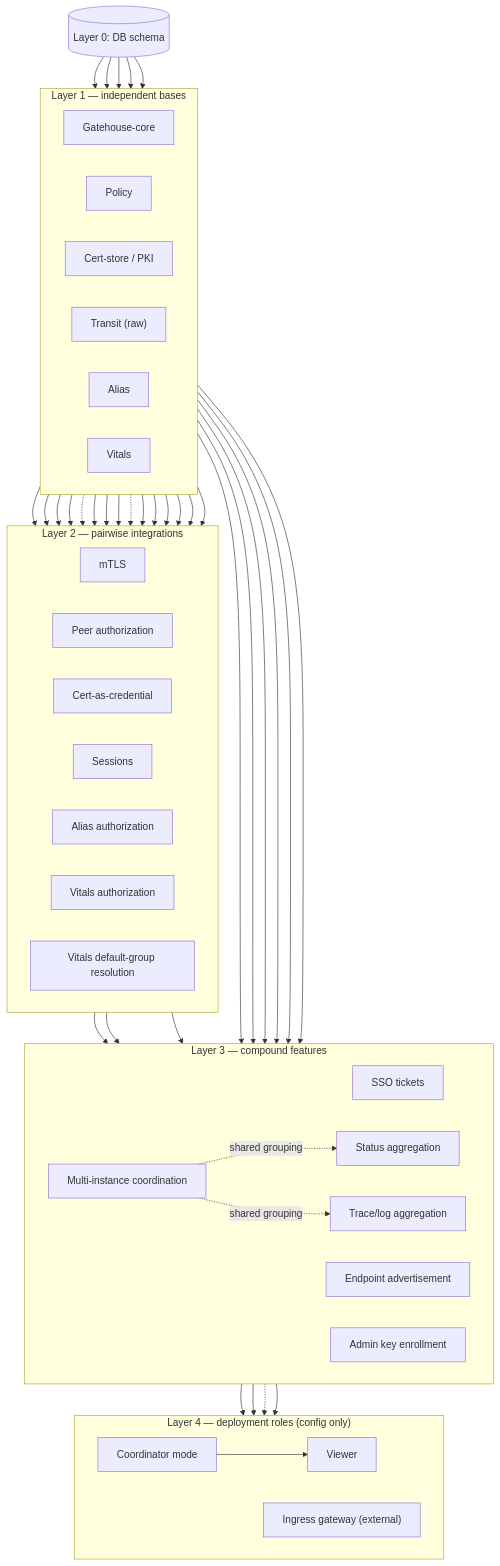
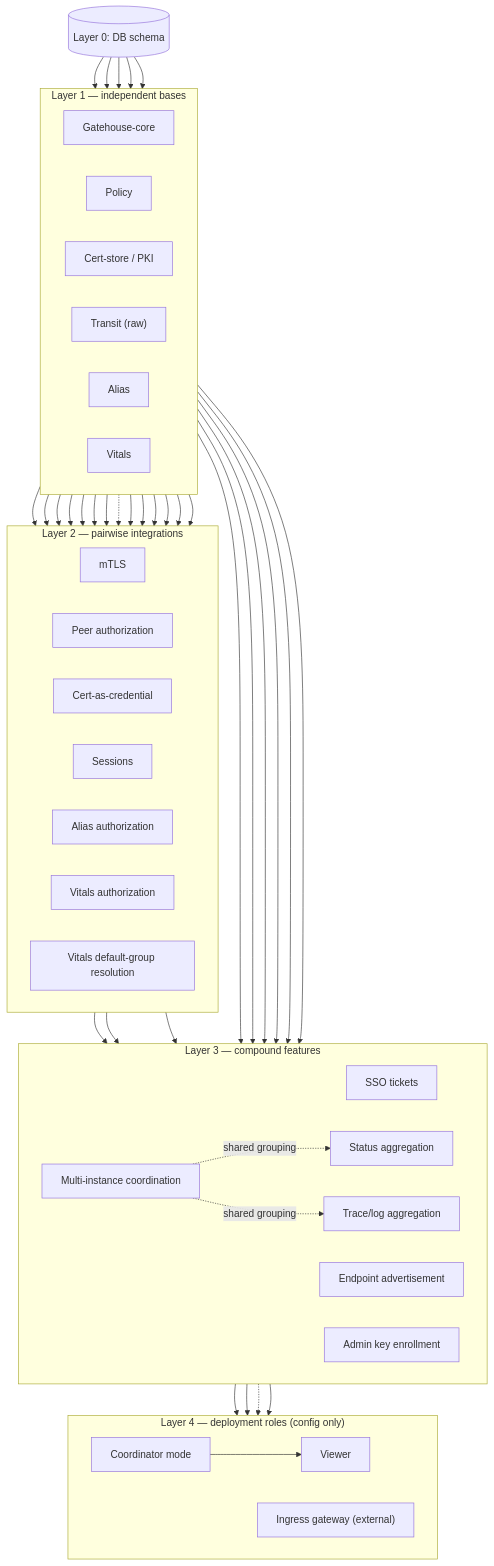
The diagram in docs/architecture/01-build-order.md (croge130/archipelago), drawn with Mermaid before and after one commit. The commit also changed other lines of this file and 4 other files, not shown here.

````diff
--- a/docs/architecture/01-build-order.md
+++ b/docs/architecture/01-build-order.md
@@ -150,82 +150,81 @@
 ```mermaid
 flowchart TB
     DB[("Layer 0: DB schema")]
 
     subgraph L1["Layer 1 — independent bases"]
         direction LR
         GH["Gatehouse-core"]
         POL["Policy"]
         PKI["Cert-store / PKI"]
         TR["Transit (raw)"]
         ALIAS["Alias"]
         VITALS["Vitals"]
     end
 
     DB --> GH
     DB --> POL
     DB --> PKI
     DB --> ALIAS
     DB --> VITALS
 
     subgraph L2["Layer 2 — pairwise integrations"]
         direction LR
         MTLS["mTLS"]
         PEERAUTH["Peer authorization"]
         CREDCERT["Cert-as-credential"]
         SESS["Sessions"]
         ALIASAUTH["Alias authorization"]
         VITALSAUTH["Vitals authorization"]
         VITALSDEFAULTS["Vitals default-group resolution"]
     end
 
     TR --> MTLS
     PKI --> MTLS
     TR --> PEERAUTH
     GH --> PEERAUTH
-    POL -.-> PEERAUTH
     GH --> CREDCERT
     PKI --> CREDCERT
     GH --> SESS
     TR -.-> SESS
     ALIAS --> ALIASAUTH
     GH --> ALIASAUTH
     VITALS --> VITALSAUTH
     GH --> VITALSAUTH
     VITALS --> VITALSDEFAULTS
     POL --> VITALSDEFAULTS
 
     subgraph L3["Layer 3 — compound features"]
         direction LR
         SSO["SSO tickets"]
         MULTI["Multi-instance coordination"]
         STATUS["Status aggregation"]
         ENDPOINT["Endpoint advertisement"]
         ADMINKEY["Admin key enrollment"]
         TRACEAGG["Trace/log aggregation"]
     end
 
     GH --> SSO
     PKI --> SSO
     TR --> SSO
     MTLS --> MULTI
     PEERAUTH --> MULTI
     VITALSDEFAULTS --> STATUS
     MULTI -.shared grouping.-> STATUS
     GH --> ENDPOINT
     PKI --> ADMINKEY
     TR --> TRACEAGG
     MULTI -.shared grouping.-> TRACEAGG
 
     subgraph L4["Layer 4 — deployment roles (config only)"]
         direction LR
         COORD["Coordinator mode"]
         GATEWAY["Ingress gateway (external)"]
         VIEWER["Viewer"]
     end
 
     ENDPOINT --> COORD
     SSO --> COORD
     MULTI -.-> COORD
     COORD --> VIEWER
     SSO --> VIEWER
 ```
````
